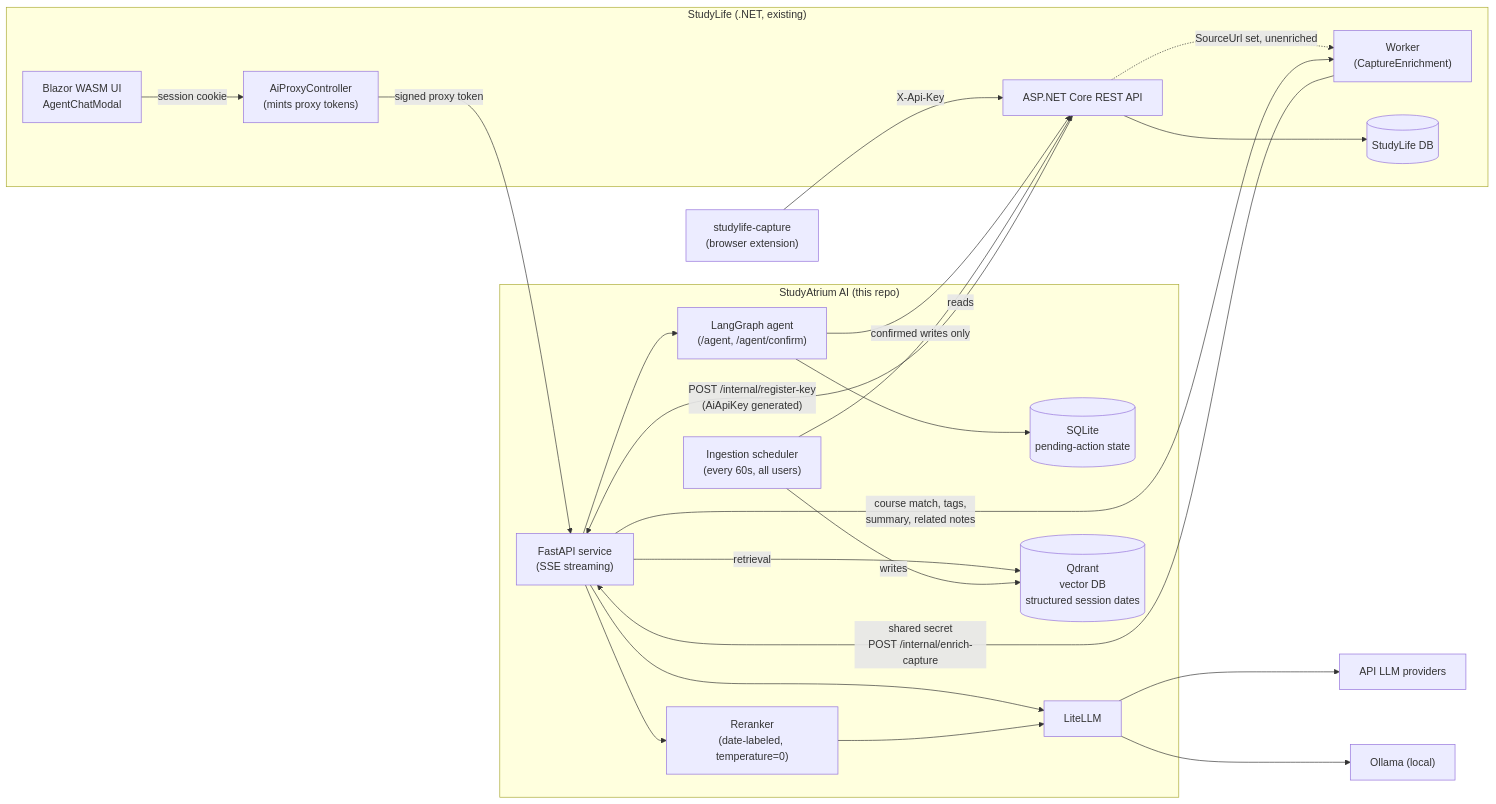
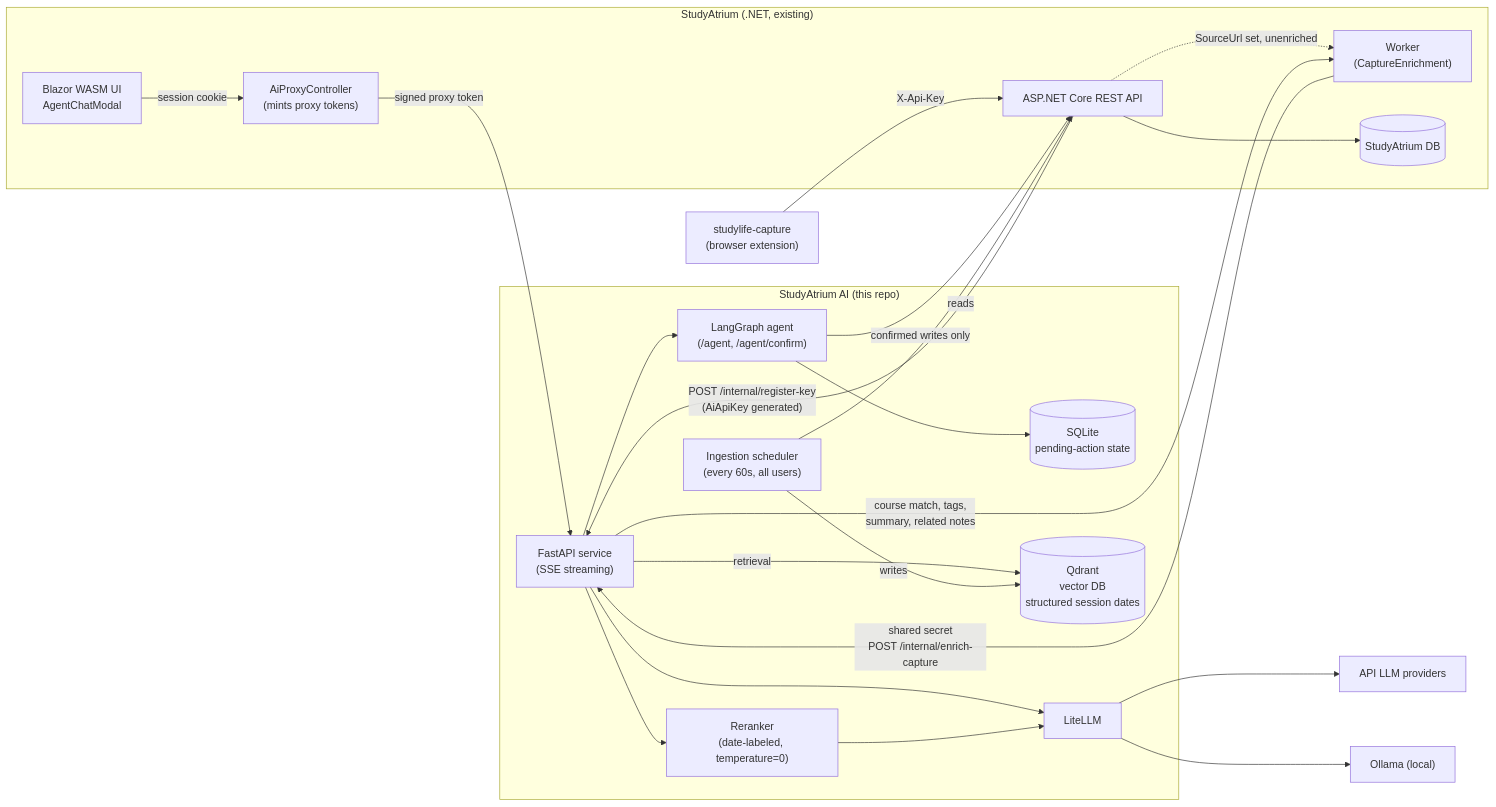
The diagram in README.md (lukislp/studylife-ai), drawn with Mermaid before and after one commit. The commit also changed other lines of this file and 36 other files, not shown here.

Commit message:
fix(brand): replace the remaining StudyLife names with StudyAtrium (#337)

````diff
--- a/README.md
+++ b/README.md
@@ -30,45 +30,45 @@
 ```mermaid
 flowchart LR
-    subgraph StudyLife["StudyLife (.NET, existing)"]
+    subgraph StudyAtrium["StudyAtrium (.NET, existing)"]
         BlazorUI["Blazor WASM UI\nAgentChatModal"]
         AiProxy["AiProxyController\n(mints proxy tokens)"]
         StudyLifeAPI["ASP.NET Core REST API"]
         CaptureWorker["Worker\n(CaptureEnrichment)"]
-        StudyLifeDB[("StudyLife DB")]
+        StudyLifeDB[("StudyAtrium DB")]
     end
 
     Capture["studylife-capture\n(browser extension)"]
 
     subgraph AI["StudyAtrium AI (this repo)"]
         FastAPI["FastAPI service\n(SSE streaming)"]
         Reranker["Reranker\n(date-labeled, temperature=0)"]
         Agent["LangGraph agent\n(/agent, /agent/confirm)"]
         Checkpoints[("SQLite\npending-action state")]
         LiteLLM["LiteLLM"]
         Qdrant[("Qdrant\nvector DB\nstructured session dates")]
         Scheduler["Ingestion scheduler\n(every 60s, all users)"]
     end
 
     LLMProviders["API LLM providers"]
     Ollama["Ollama (local)"]
 
     BlazorUI -- session cookie --> AiProxy
     AiProxy -- signed proxy token --> FastAPI
     StudyLifeAPI -- POST /internal/register-key\n(AiApiKey generated) --> FastAPI
     FastAPI --> LiteLLM
     FastAPI -- retrieval --> Qdrant
     FastAPI --> Reranker
     Reranker --> LiteLLM
     FastAPI --> Agent
     Agent --> Checkpoints
     Agent -- confirmed writes only --> StudyLifeAPI
     LiteLLM --> LLMProviders
     LiteLLM --> Ollama
     Scheduler -- reads --> StudyLifeAPI
     Scheduler -- writes --> Qdrant
     StudyLifeAPI --> StudyLifeDB
     Capture -- "X-Api-Key" --> StudyLifeAPI
     StudyLifeAPI -. "SourceUrl set, unenriched" .-> CaptureWorker
     CaptureWorker -- "shared secret\nPOST /internal/enrich-capture" --> FastAPI
     FastAPI -- "course match, tags,\nsummary, related notes" --> CaptureWorker
 ```
````
